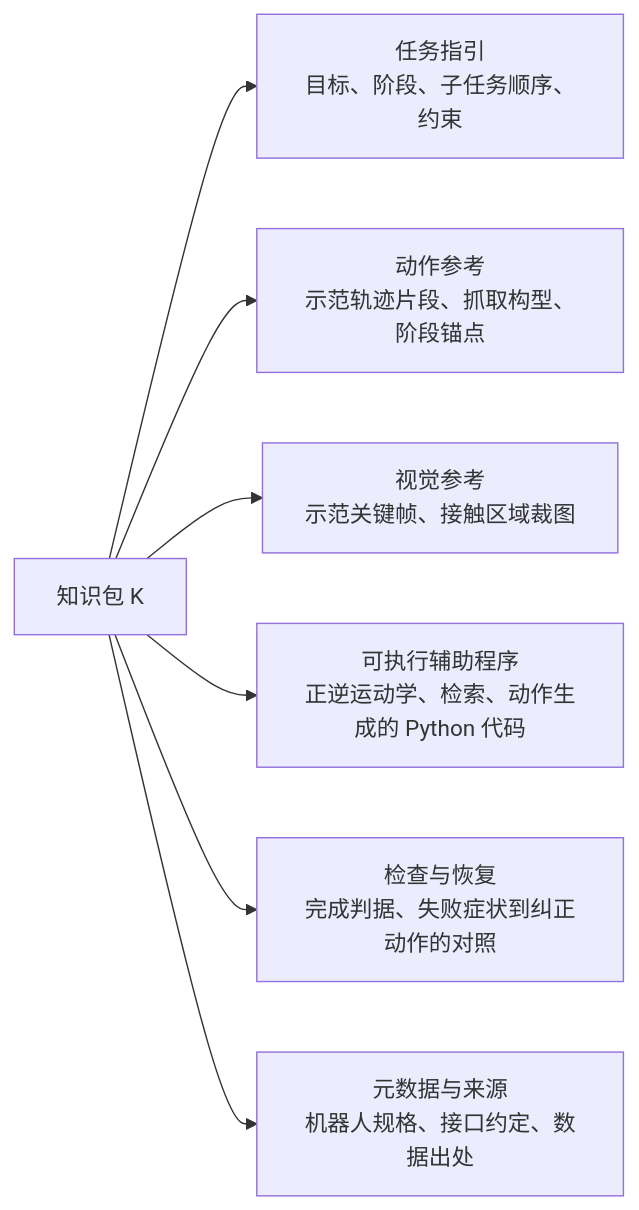
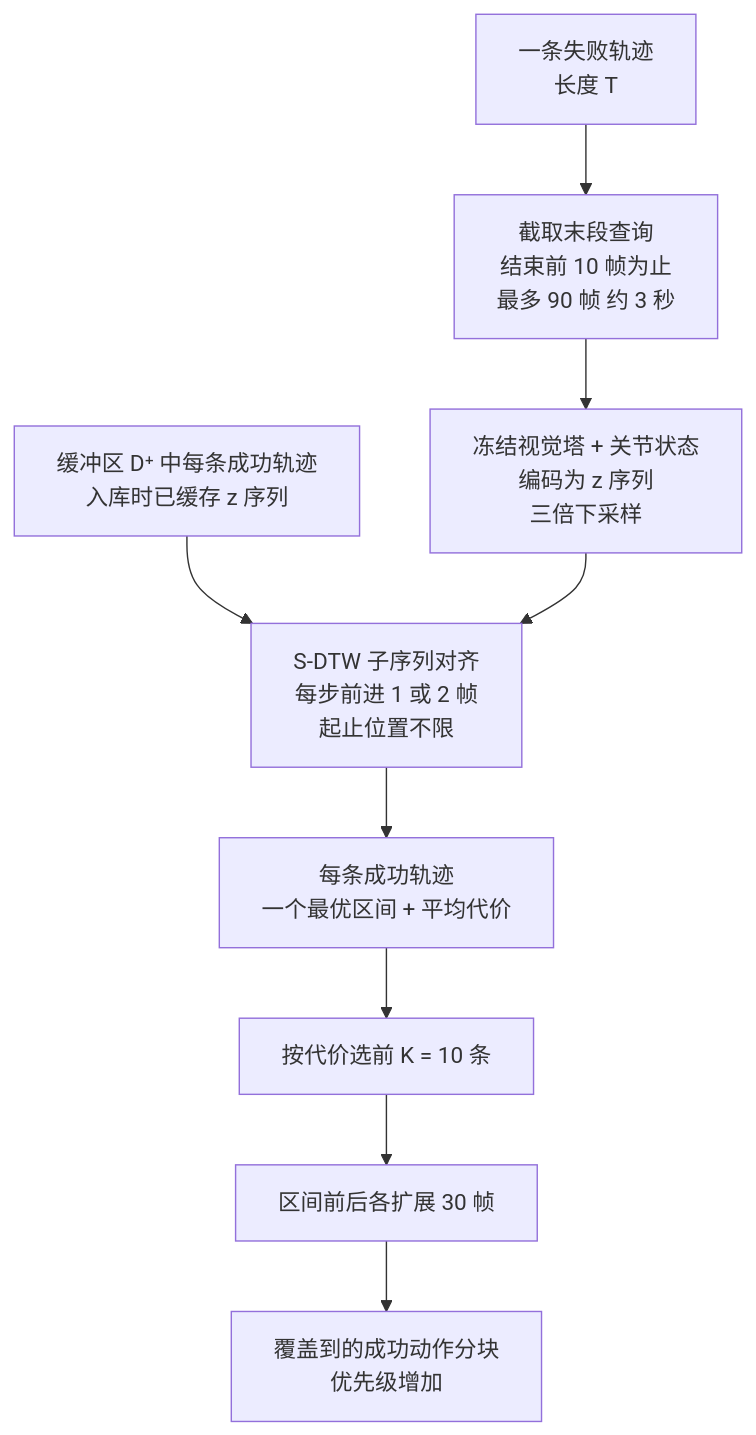
The fourth of 7 diagrams in docs/index.md (yingwang/paper-reads), drawn with Mermaid before and after one commit. The commit also changed other lines of this file and 2 other files, not shown here.

````diff
--- a/docs/index.md
+++ b/docs/index.md
@@ -117,9 +211,11 @@
 ```mermaid
-graph LR
-    K["知识包 K"] --> G["任务指引<br/>目标、阶段、子任务顺序、约束"]
-    K --> M["动作参考<br/>示范轨迹片段、抓取构型、阶段锚点"]
-    K --> V["视觉参考<br/>示范关键帧、接触区域裁图"]
-    K --> H["可执行辅助程序<br/>正逆运动学、检索、动作生成的 Python 代码"]
-    K --> R["检查与恢复<br/>完成判据、失败症状到纠正动作的对照"]
-    K --> X["元数据与来源<br/>机器人规格、接口约定、数据出处"]
+flowchart TD
+    F["一条失败轨迹<br/>长度 T"] --> Q["截取末段查询<br/>结束前 10 帧为止<br/>最多 90 帧 约 3 秒"]
+    Q --> EQ["冻结视觉塔 + 关节状态<br/>编码为 z 序列<br/>三倍下采样"]
+    B["缓冲区 D⁺ 中每条成功轨迹<br/>入库时已缓存 z 序列"] --> DTW
+    EQ --> DTW["S-DTW 子序列对齐<br/>每步前进 1 或 2 帧<br/>起止位置不限"]
+    DTW --> C["每条成功轨迹<br/>一个最优区间 + 平均代价"]
+    C --> K["按代价选前 K = 10 条"]
+    K --> X["区间前后各扩展 30 帧"]
+    X --> W["覆盖到的成功动作分块<br/>优先级增加"]
 ```
````
